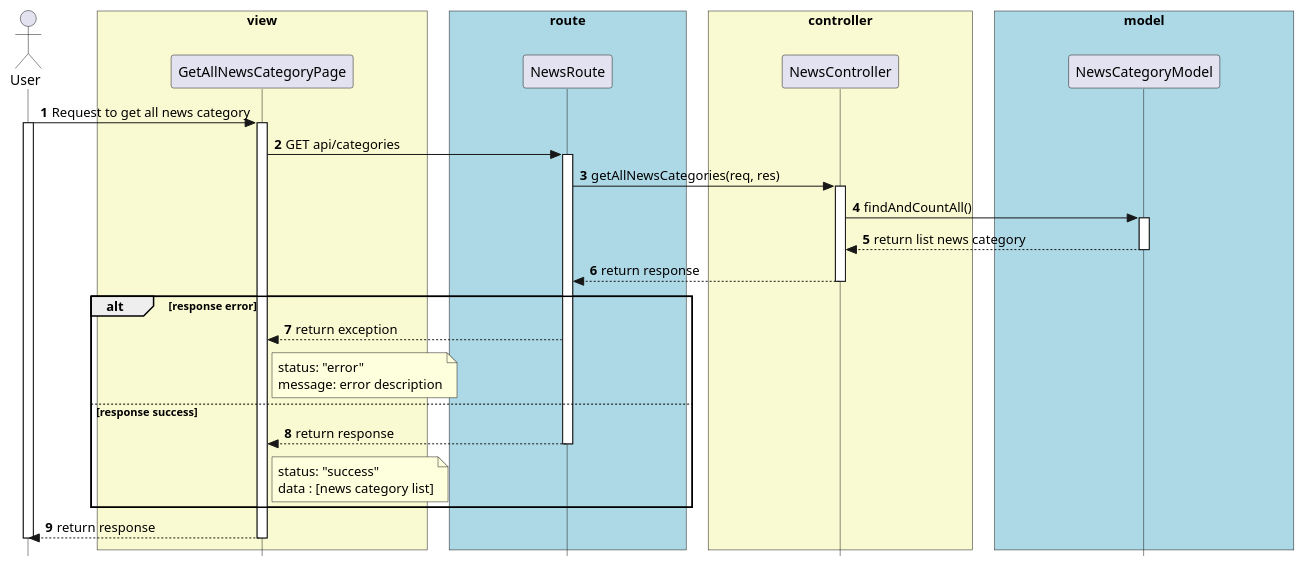
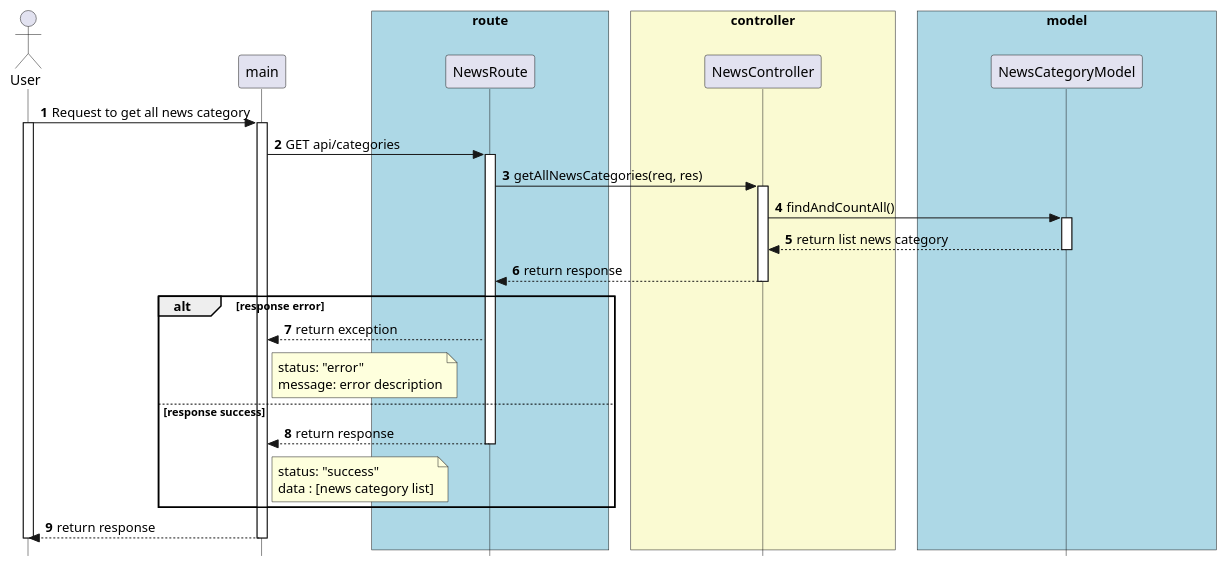
Before and after one commit to techcomrade/fmECG: the diagram in diagram/sequence/API/news/getAllNewsCategories.pu, drawn with PlantUML. The commit also changed 75 other files, not shown here.

```diff
--- a/diagram/sequence/API/news/getAllNewsCategories.pu
+++ b/diagram/sequence/API/news/getAllNewsCategories.pu
@@ -3,93 +3,91 @@
 @startuml
 
 
 skinparam style strictuml
 
 skinparam lifelineStrategy solid
 
 skinparam ParticipantPadding 70
 
 skinparam BoxPadding 10
 
 autonumber
 
 actor User as User
 
-box "view" #LightGoldenRodYellow
 
-participant GetAllNewsCategoryPage as GetAllNewsCategoryPage
+participant main as main
 
-end box
 
 box "route" #lightBlue
 
 participant NewsRoute as NewsRoute
 
 end box
 
 
 box "controller" #LightGoldenRodYellow
 participant NewsController as NewsController
 
 end box
 
 
 box "model" #lightBlue
 participant NewsCategoryModel as NewsCategoryModel
 
 end box
 
 
-User -> GetAllNewsCategoryPage: Request to get all news category
+User -> main: Request to get all news category
 activate User
-activate GetAllNewsCategoryPage
+activate main
 
-GetAllNewsCategoryPage -> NewsRoute: GET api/categories
+main -> NewsRoute: GET api/categories
 activate NewsRoute
 
 
 NewsRoute -> NewsController: getAllNewsCategories(req, res)
 activate NewsController
 
 ' ' note right of NewsRoute #Aqua
 ' ' * Request param:
 ' ' {
 '   currentPassword, newPassword,
 '   '  confirmPassword
 ' }
 ' = req.body
 ' ' token = req.cookies.jwt
 ' ' end note
 
 NewsController -> NewsCategoryModel: findAndCountAll()
 
 activate NewsCategoryModel
 
 NewsCategoryModel --> NewsController: return list news category
 
 deactivate NewsCategoryModel
 
 NewsController --> NewsRoute: return response
 
 deactivate NewsController
 
 alt response error
-  NewsRoute --> GetAllNewsCategoryPage: return exception
-  note right of GetAllNewsCategoryPage
+  NewsRoute --> main: return exception
+  note right of main
     status: "error"
     message: error description
   end note
 else response success
-  NewsRoute --> GetAllNewsCategoryPage: return response
+  NewsRoute --> main: return response
   deactivate NewsRoute
 
-  note right of GetAllNewsCategoryPage
+  note right of main
     status: "success"
     data : [news category list]
   end note
 end
-GetAllNewsCategoryPage --> User: return response
-deactivate GetAllNewsCategoryPage
+main --> User: return response
+deactivate main
 deactivate User
 
 @enduml
```
